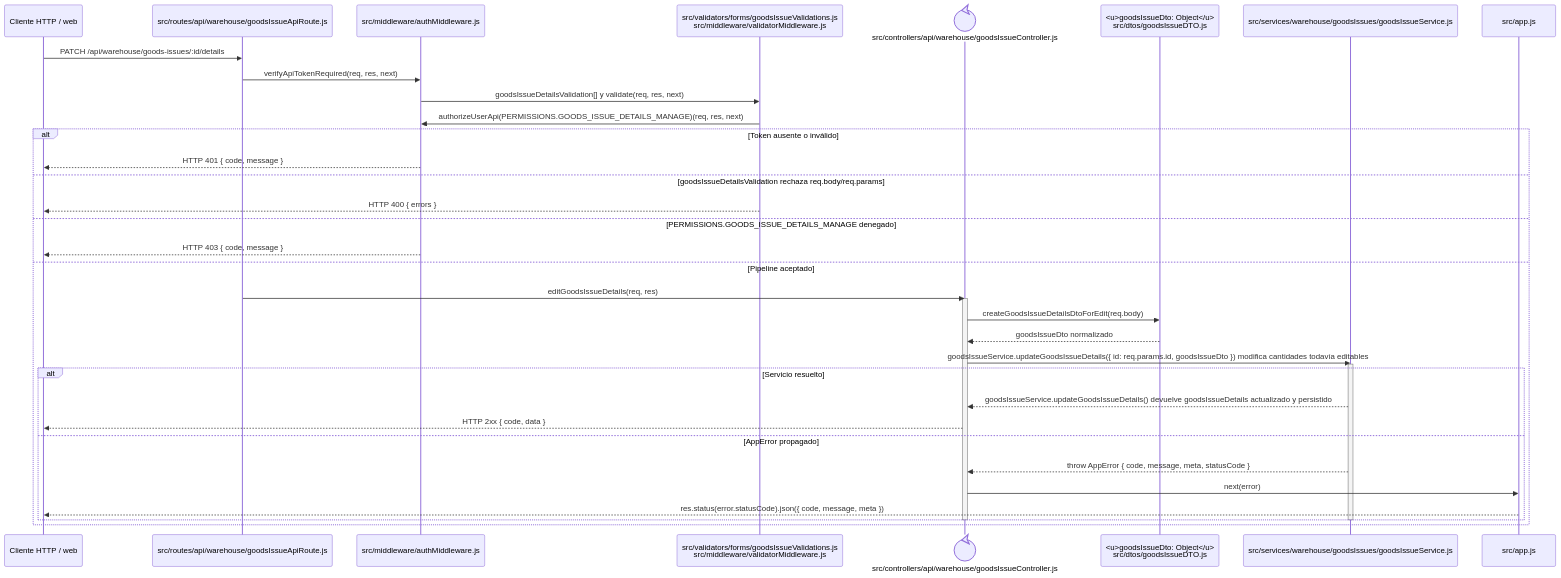
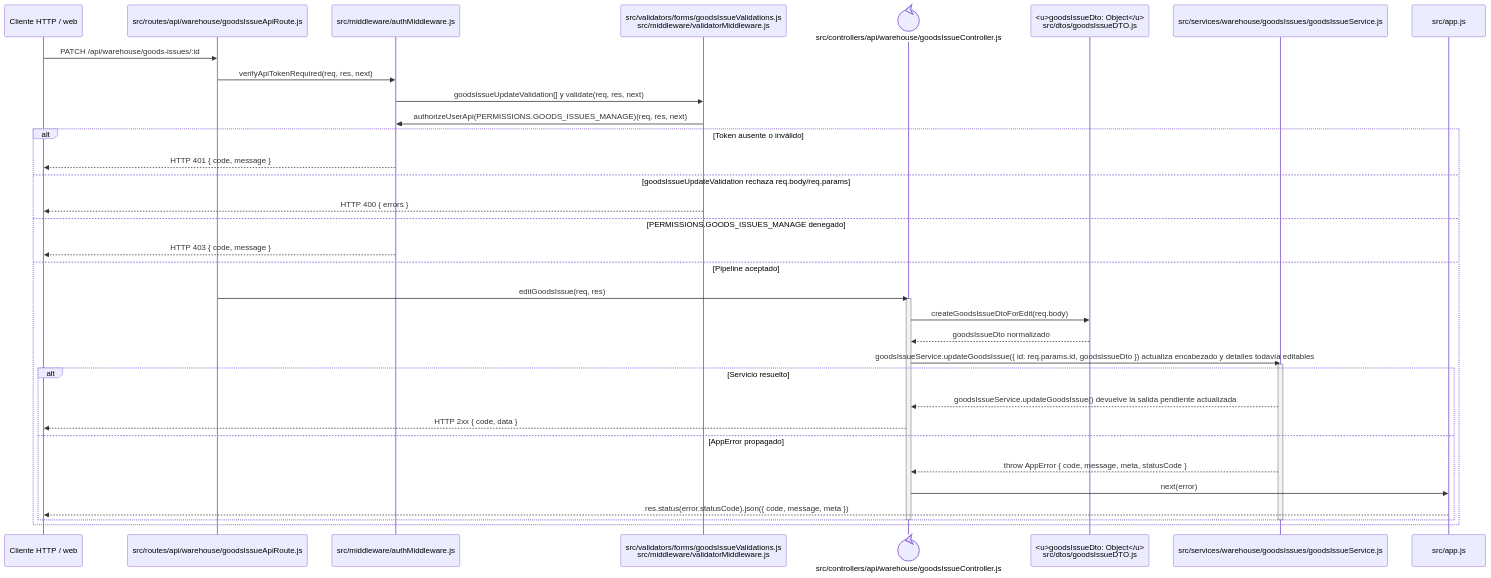
Before and after one commit to gpgsistemas01/nexus: the diagram in docs/architecture/backend-code-sequences/issues/cu-sal-04.md, drawn with Mermaid. The commit also changed other lines of this file and 105 other files, not shown here.

````diff
--- a/docs/architecture/backend-code-sequences/issues/cu-sal-04.md
+++ b/docs/architecture/backend-code-sequences/issues/cu-sal-04.md
@@ -6,40 +6,40 @@
 ```mermaid
 sequenceDiagram
     participant Client as Cliente HTTP / web
     participant Route as src/routes/api/warehouse/goodsIssueApiRoute.js
     participant Auth as src/middleware/authMiddleware.js
     participant Validator as src/validators/forms/goodsIssueValidations.js<br/>src/middleware/validatorMiddleware.js
     participant Controller@{ "type": "control" } as src/controllers/api/warehouse/goodsIssueController.js
     participant IssueDto as <u>goodsIssueDto: Object</u><br/>src/dtos/goodsIssueDTO.js
     participant Domain as src/services/warehouse/goodsIssues/goodsIssueService.js
     participant ErrorHandler as src/app.js
 
-    Client->>Route: PATCH /api/warehouse/goods-issues/:id/details
+    Client->>Route: PATCH /api/warehouse/goods-issues/:id
     Route->>Auth: verifyApiTokenRequired(req, res, next)
-    Auth->>Validator: goodsIssueDetailsValidation[] y validate(req, res, next)
-    Validator->>Auth: authorizeUserApi(PERMISSIONS.GOODS_ISSUE_DETAILS_MANAGE)(req, res, next)
+    Auth->>Validator: goodsIssueUpdateValidation[] y validate(req, res, next)
+    Validator->>Auth: authorizeUserApi(PERMISSIONS.GOODS_ISSUES_MANAGE)(req, res, next)
     alt Token ausente o inválido
         Auth-->>Client: HTTP 401 { code, message }
-    else goodsIssueDetailsValidation rechaza req.body/req.params
+    else goodsIssueUpdateValidation rechaza req.body/req.params
         Validator-->>Client: HTTP 400 { errors }
-    else PERMISSIONS.GOODS_ISSUE_DETAILS_MANAGE denegado
+    else PERMISSIONS.GOODS_ISSUES_MANAGE denegado
         Auth-->>Client: HTTP 403 { code, message }
     else Pipeline aceptado
-        Route->>Controller: editGoodsIssueDetails(req, res)
+        Route->>Controller: editGoodsIssue(req, res)
         activate Controller
-        Controller->>IssueDto: createGoodsIssueDetailsDtoForEdit(req.body)
+        Controller->>IssueDto: createGoodsIssueDtoForEdit(req.body)
         IssueDto-->>Controller: goodsIssueDto normalizado
-        Controller->>Domain: goodsIssueService.updateGoodsIssueDetails({ id: req.params.id, goodsIssueDto }) modifica cantidades todavía editables
+        Controller->>Domain: goodsIssueService.updateGoodsIssue({ id: req.params.id, goodsIssueDto }) actualiza encabezado y detalles todavía editables
         activate Domain
         alt Servicio resuelto
-            Domain-->>Controller: goodsIssueService.updateGoodsIssueDetails() devuelve goodsIssueDetails actualizado y persistido
+            Domain-->>Controller: goodsIssueService.updateGoodsIssue() devuelve la salida pendiente actualizada
             Controller-->>Client: HTTP 2xx { code, data }
         else AppError propagado
             Domain-->>Controller: throw AppError { code, message, meta, statusCode }
             Controller->>ErrorHandler: next(error)
             ErrorHandler-->>Client: res.status(error.statusCode).json({ code, message, meta })
         end
         deactivate Domain
         deactivate Controller
     end
 ```
````
